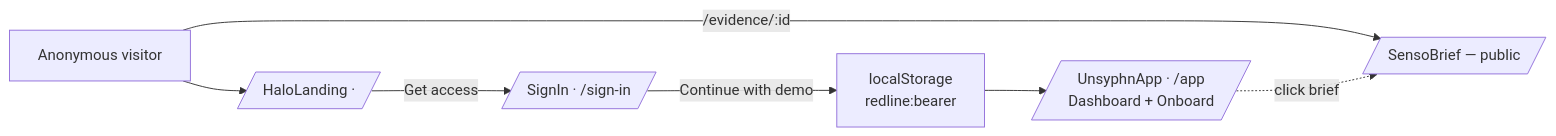
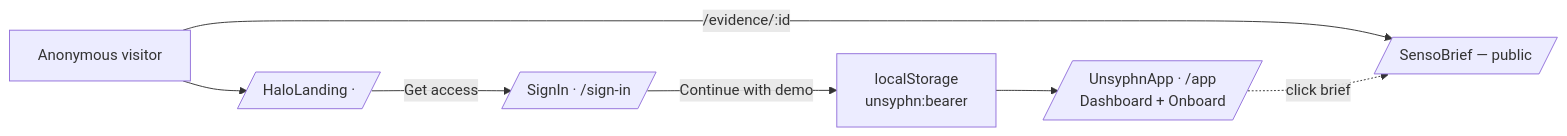
One commit to d3v07/Datadog_Hackathon changed the fifth of 8 diagrams in README.md. Above: the diagram before and after it, drawn with Mermaid. The commit also changed other lines of this file, not shown here.

````diff
--- a/README.md
+++ b/README.md
@@ -346,9 +346,9 @@
 ```mermaid
 flowchart LR
     Anon[Anonymous visitor] --> Landing[/HaloLanding · /]
     Landing -->|Get access| SignIn[/SignIn · /sign-in/]
-    SignIn -->|Continue with demo| Session[localStorage<br/>redline:bearer]
+    SignIn -->|Continue with demo| Session[localStorage<br/>unsyphn:bearer]
     Session --> App[/UnsyphnApp · /app<br/>Dashboard + Onboard/]
     Anon -->|/evidence/:id| Brief[/SensoBrief — public/]
     App -.click brief.-> Brief
 ```
````
